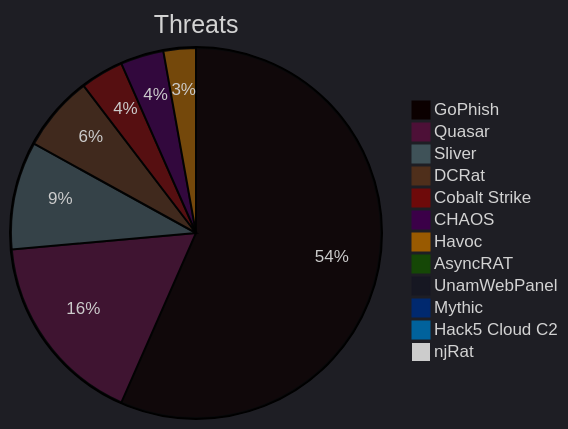
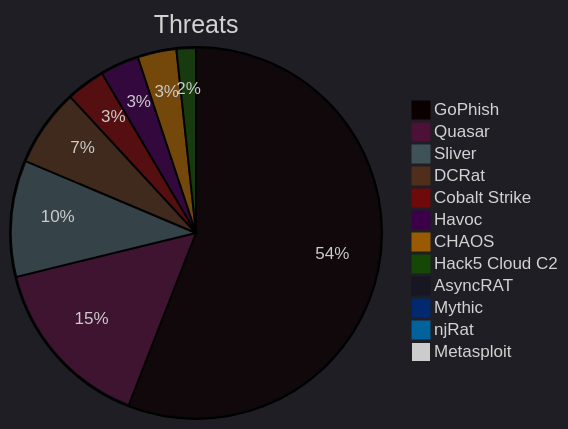
Before and after one commit to ZoqueLabs/website: the first of 8 diagrams in zolim.md, drawn with Mermaid. The commit also changed other lines of this file, not shown here.

````diff
--- a/zolim.md
+++ b/zolim.md
@@ -33,19 +33,19 @@
 ```mermaid
 ---
 config:
   theme: dark
 ---
 pie title Threats
-  "GoPhish" : 60
+  "GoPhish" : 66
   "Quasar" : 18
-  "Sliver" : 10
-  "DCRat" : 7
+  "Sliver" : 12
+  "DCRat" : 8
   "Cobalt Strike" : 4
+  "Havoc" : 4
   "CHAOS" : 4
-  "Havoc" : 3
+  "Hack5 Cloud C2" : 2
   "AsyncRAT" : 1
-  "UnamWebPanel" : 1
   "Mythic" : 1
-  "Hack5 Cloud C2" : 1
   "njRat" : 1
+  "Metasploit" : 1
 ```
````
